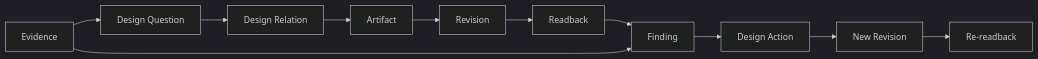
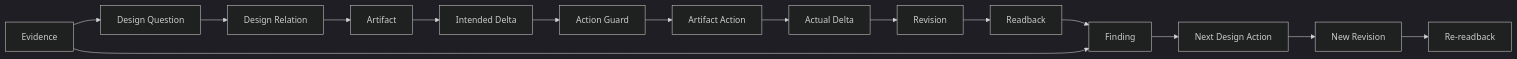
One commit to Jiaosong/Design changed the diagram in product-docs/v0.3/maps/M04_ARTIFACT_TRUTH_CHAIN.md. Above: the diagram before and after it, drawn with Mermaid (dark theme). The commit also changed other lines of this file and 71 other files, not shown here.

````diff
--- a/product-docs/v0.3/maps/M04_ARTIFACT_TRUTH_CHAIN.md
+++ b/product-docs/v0.3/maps/M04_ARTIFACT_TRUTH_CHAIN.md
@@ -9,13 +9,17 @@
 ```mermaid
 flowchart LR
     Q[Design Question] --> REL[Design Relation]
     REL --> ART[Artifact]
-    ART --> REV[Revision]
+    ART --> INT[Intended Delta]
+    INT --> GUARD[Action Guard]
+    GUARD --> ACT[Artifact Action]
+    ACT --> DELTA[Actual Delta]
+    DELTA --> REV[Revision]
     REV --> RB[Readback]
     RB --> FIND[Finding]
-    FIND --> ACT[Design Action]
-    ACT --> REV2[New Revision]
+    FIND --> NEXT[Next Design Action]
+    NEXT --> REV2[New Revision]
     REV2 --> RB2[Re-readback]
     EVID[Evidence] --> Q
     EVID --> FIND
 ```
````
